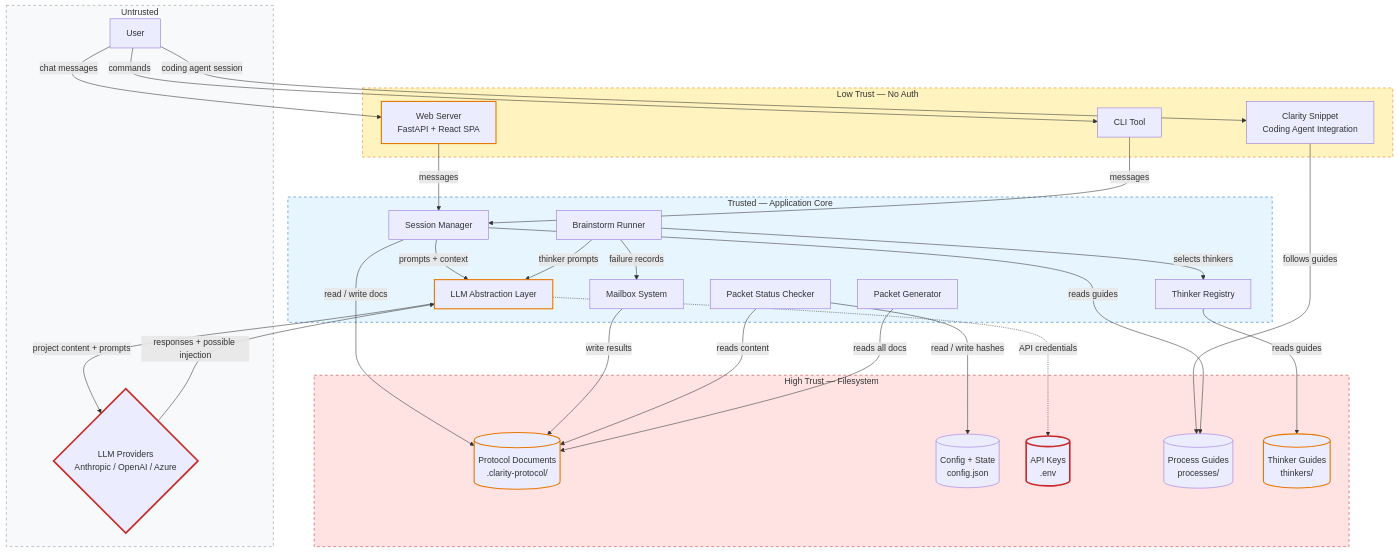
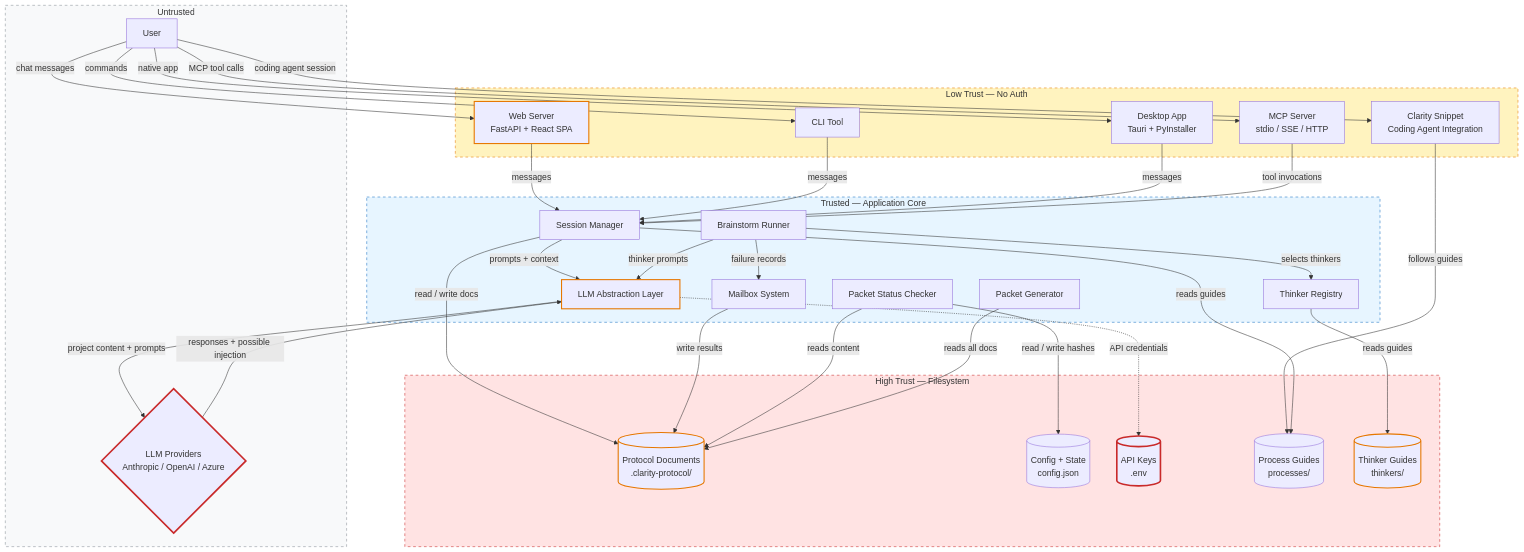
The first of 2 diagrams in .clarity-protocol/solution/architecture.md (microsoft/clarity-agent), drawn with Mermaid before and after one commit. The commit also changed other lines of this file and 3 other files, not shown here.

````diff
--- a/.clarity-protocol/solution/architecture.md
+++ b/.clarity-protocol/solution/architecture.md
@@ -239,67 +249,73 @@
 ```mermaid
 flowchart TB
     subgraph untrusted["Untrusted"]
         User["User"]
         LLMProviders{"LLM Providers\nAnthropic / OpenAI / Azure"}
     end
 
     subgraph low_trust["Low Trust — No Auth"]
         WebServer["Web Server\nFastAPI + React SPA"]
         CLI["CLI Tool"]
+        Desktop["Desktop App\nTauri + PyInstaller"]
+        MCPServer["MCP Server\nstdio / SSE / HTTP"]
         Snippet["Clarity Snippet\nCoding Agent Integration"]
     end
 
     subgraph trusted["Trusted — Application Core"]
         Session["Session Manager"]
         BrainstormRunner["Brainstorm Runner"]
         PacketStatusChecker["Packet Status Checker"]
         ThinkerRegistry["Thinker Registry"]
         LLMLayer["LLM Abstraction Layer"]
         Mailbox["Mailbox System"]
         PacketGen["Packet Generator"]
     end
 
     subgraph high_trust["High Trust — Filesystem"]
         ProtocolDocs[("Protocol Documents\n.clarity-protocol/")]
         ConfigJSON[("Config + State\nconfig.json")]
         APIKeys[("API Keys\n.env")]
         ProcessGuides[("Process Guides\nprocesses/")]
         ThinkerGuides[("Thinker Guides\nthinkers/")]
     end
 
     User -->|"chat messages"| WebServer
     User -->|"commands"| CLI
+    User -->|"native app"| Desktop
+    User -->|"MCP tool calls"| MCPServer
     User -->|"coding agent session"| Snippet
     WebServer -->|"messages"| Session
     CLI -->|"messages"| Session
+    Desktop -->|"messages"| Session
+    MCPServer -->|"tool invocations"| Session
     Snippet -->|"follows guides"| ProcessGuides
     Session -->|"reads guides"| ProcessGuides
     Session -->|"read / write docs"| ProtocolDocs
     Session -->|"prompts + context"| LLMLayer
     LLMLayer -.->|"API credentials"| APIKeys
     LLMLayer -->|"project content + prompts"| LLMProviders
     LLMProviders -->|"responses + possible injection"| LLMLayer
     BrainstormRunner -->|"selects thinkers"| ThinkerRegistry
     ThinkerRegistry -->|"reads guides"| ThinkerGuides
     BrainstormRunner -->|"thinker prompts"| LLMLayer
     BrainstormRunner -->|"failure records"| Mailbox
     Mailbox -->|"write results"| ProtocolDocs
     PacketStatusChecker -->|"read / write hashes"| ConfigJSON
     PacketStatusChecker -->|"reads content"| ProtocolDocs
     PacketGen -->|"reads all docs"| ProtocolDocs
 
     style untrusted fill:#f8f9fa,stroke:#868e96,stroke-dasharray:5
     style low_trust fill:#fff3bf,stroke:#e67700,stroke-dasharray:5
     style trusted fill:#e7f5ff,stroke:#1971c2,stroke-dasharray:5
     style high_trust fill:#ffe3e3,stroke:#c92a2a,stroke-dasharray:5
 
     classDef critical stroke:#c92a2a,stroke-width:3px
     classDef high_sev stroke:#e67700,stroke-width:2px
 
     APIKeys:::critical
     LLMProviders:::critical
     LLMLayer:::high_sev
     WebServer:::high_sev
     ProtocolDocs:::high_sev
     ThinkerGuides:::high_sev
 ```
````
